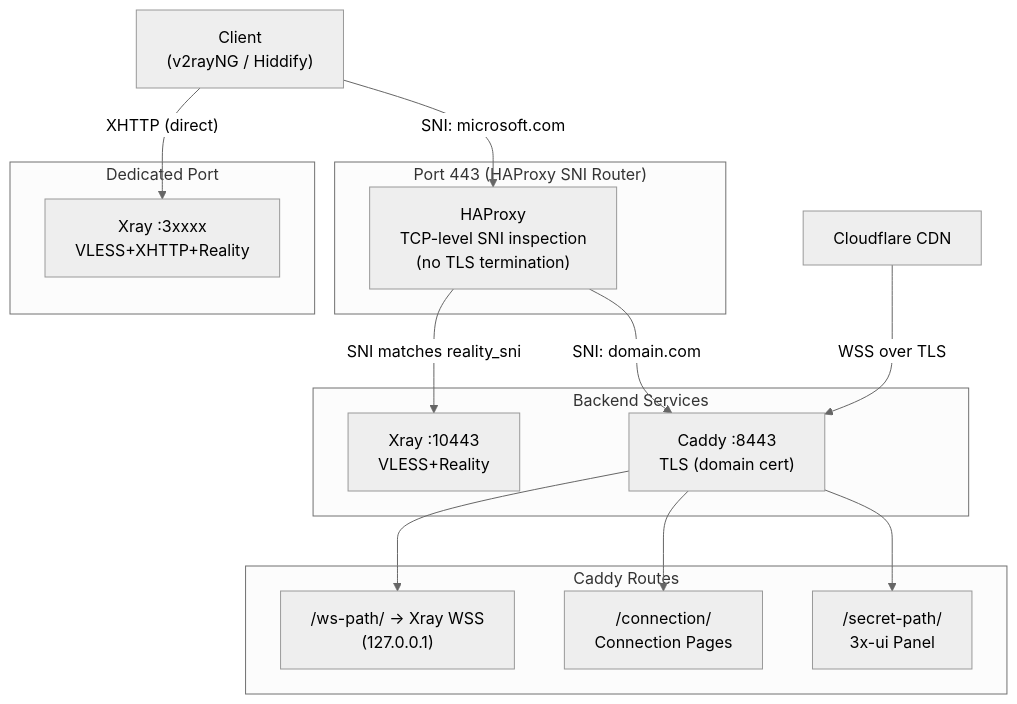
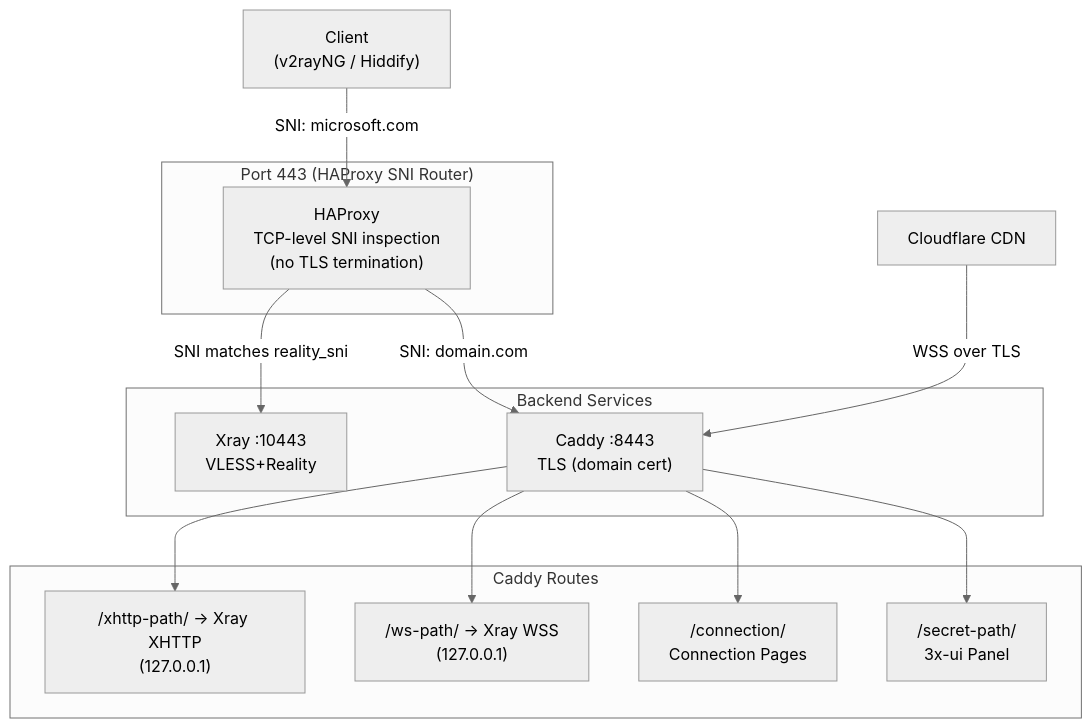
One commit to optimizatormk8/veytr-meridian changed the third of 8 diagrams in docs/architecture.md. Above: the diagram before and after it, drawn with Mermaid (neutral theme). The commit also changed other lines of this file and 25 other files, not shown here.

````diff
--- a/docs/architecture.md
+++ b/docs/architecture.md
@@ -68,33 +65,30 @@
 ```mermaid
 graph TD
     Client["Client<br/>(v2rayNG / Hiddify)"]
     CDN["Cloudflare CDN"]
 
     subgraph port443["Port 443 (HAProxy SNI Router)"]
         HAProxy["HAProxy<br/>TCP-level SNI inspection<br/>(no TLS termination)"]
     end
 
     subgraph backends["Backend Services"]
         Xray["Xray :10443<br/>VLESS+Reality"]
         Caddy["Caddy :8443<br/>TLS (domain cert)"]
     end
 
     subgraph caddy_routes["Caddy Routes"]
+        XHTTP["/xhttp-path/ → Xray XHTTP<br/>(127.0.0.1)"]
         WSS["/ws-path/ → Xray WSS<br/>(127.0.0.1)"]
         Pages["/connection/<br/>Connection Pages"]
         Panel["/secret-path/<br/>3x-ui Panel"]
-    end
-
-    subgraph xhttp_port["Dedicated Port"]
-        XrayXHTTP["Xray :3xxxx<br/>VLESS+XHTTP+Reality"]
     end
 
     Client -->|"SNI: microsoft.com"| HAProxy
     HAProxy -->|"SNI matches reality_sni"| Xray
     HAProxy -->|"SNI: domain.com"| Caddy
     CDN -->|"WSS over TLS"| Caddy
+    Caddy --> XHTTP
     Caddy --> WSS
     Caddy --> Pages
     Caddy --> Panel
-    Client -->|"XHTTP (direct)"| XrayXHTTP
 ```
````
